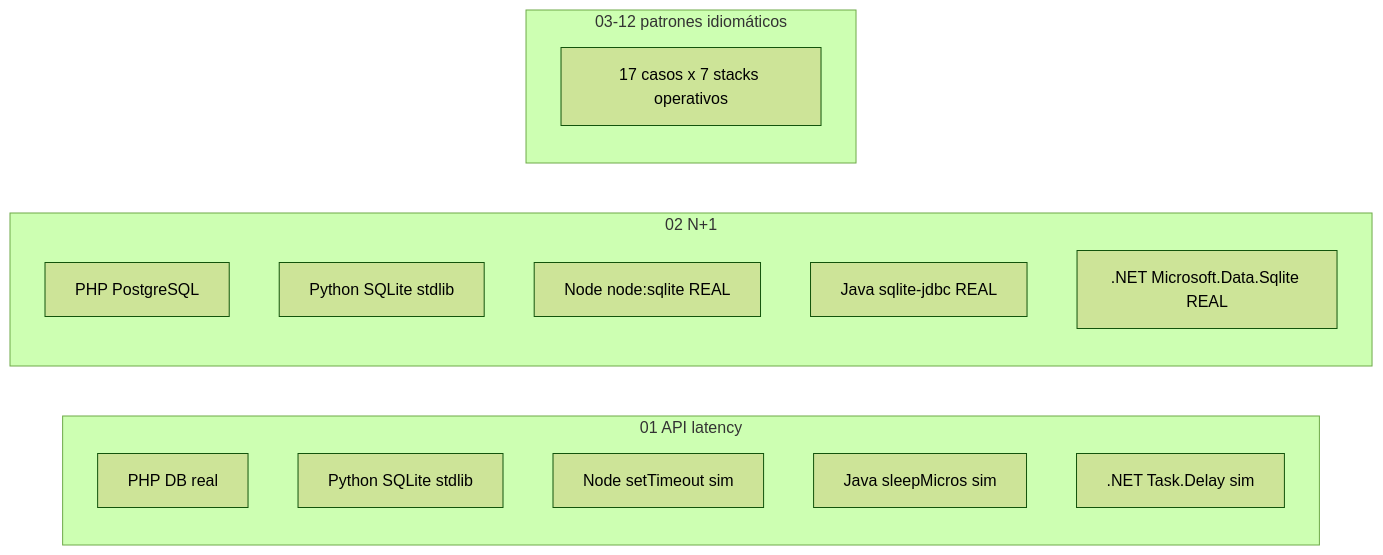
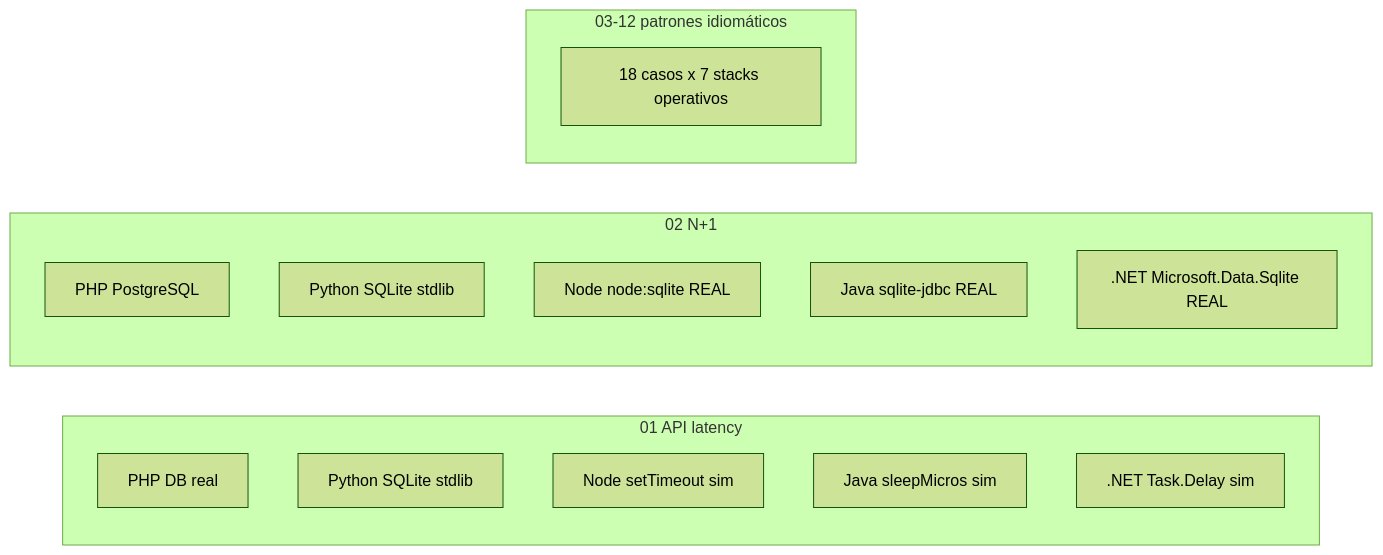
The fourth of 5 diagrams in ARCHITECTURE.md (vladimiracunadev-create/problem-driven-systems-lab), drawn with Mermaid (forest theme) before and after one commit. The commit also changed other lines of this file and 102 other files, not shown here.

````diff
--- a/ARCHITECTURE.md
+++ b/ARCHITECTURE.md
@@ -217,22 +217,22 @@
 ```mermaid
 graph LR
     subgraph C01[01 API latency]
         C01_PHP[PHP DB real]
         C01_PY[Python SQLite stdlib]
         C01_NODE[Node setTimeout sim]
         C01_JAVA[Java sleepMicros sim]
         C01_NET[.NET Task.Delay sim]
     end
 
     subgraph C02[02 N+1]
         C02_PHP[PHP PostgreSQL]
         C02_PY[Python SQLite stdlib]
         C02_NODE[Node node:sqlite REAL]
         C02_JAVA[Java sqlite-jdbc REAL]
         C02_NET[.NET Microsoft.Data.Sqlite REAL]
     end
 
     subgraph C03_12[03-12 patrones idiomáticos]
-        OTHER[17 casos x 7 stacks operativos]
+        OTHER[18 casos x 7 stacks operativos]
     end
 ```
````
